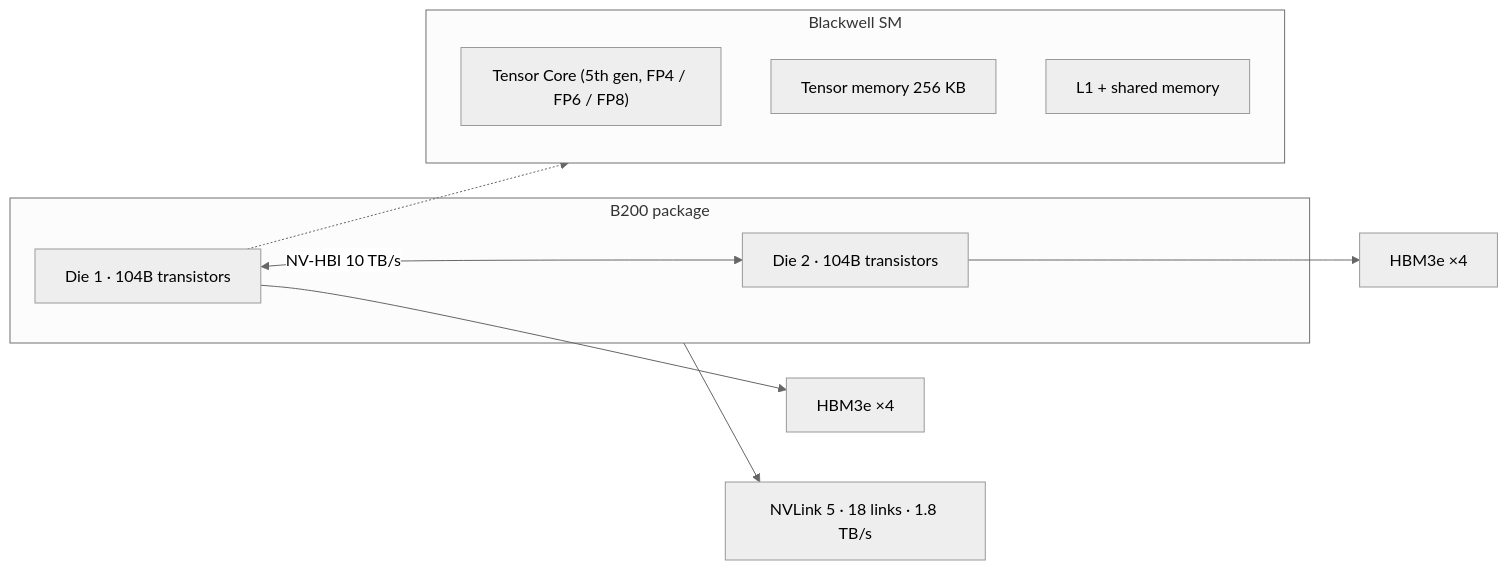
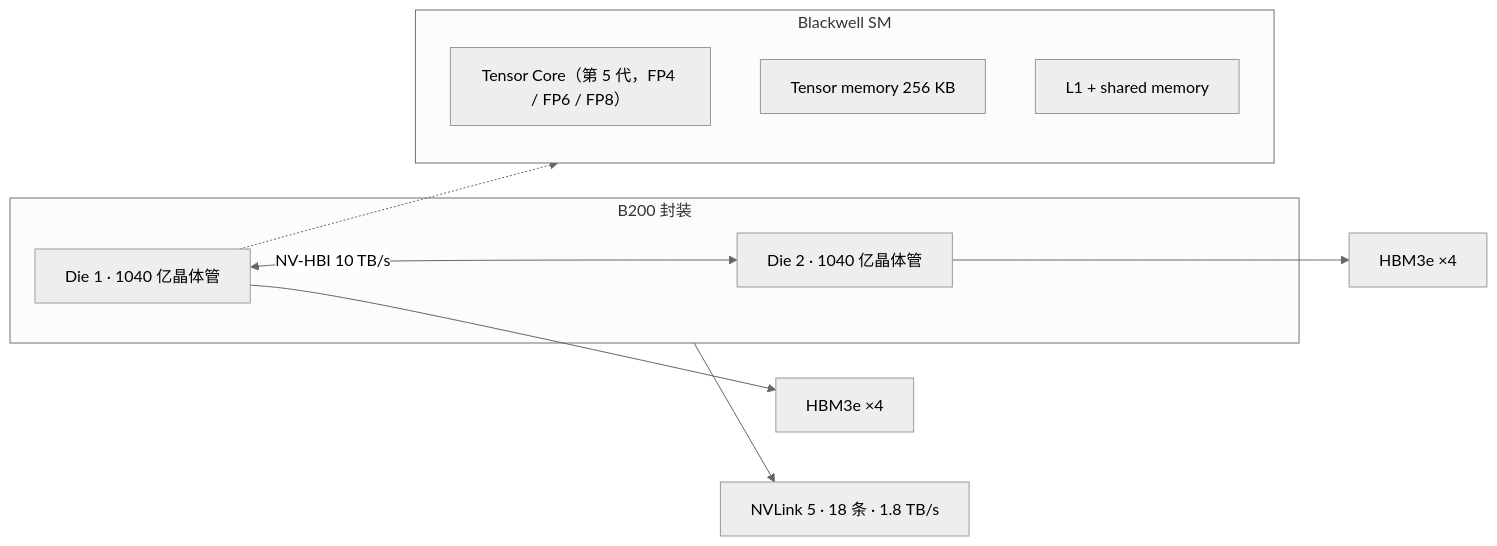
Before and after one commit to lxy-alexander/VoidIndex: diagram 13 of 13 in src/content/posts/nvidia-gpu-architectures.md, drawn with Mermaid (neutral theme). The commit also changed other lines of this file and 4 other files, not shown here.

````diff
--- a/src/content/posts/nvidia-gpu-architectures.md
+++ b/src/content/posts/nvidia-gpu-architectures.md
@@ -265,16 +265,16 @@
 ```mermaid
 flowchart LR
-  subgraph PKG["B200 package"]
-    D1["Die 1 · 104B transistors"] <-- "NV-HBI 10 TB/s" --> D2["Die 2 · 104B transistors"]
+  subgraph PKG["B200 封装"]
+    D1["Die 1 · 1040 亿晶体管"] <-- "NV-HBI 10 TB/s" --> D2["Die 2 · 1040 亿晶体管"]
   end
   D1 --> M1["HBM3e ×4"]
   D2 --> M2["HBM3e ×4"]
-  PKG --> NV["NVLink 5 · 18 links · 1.8 TB/s"]
+  PKG --> NV["NVLink 5 · 18 条 · 1.8 TB/s"]
   subgraph SM["Blackwell SM"]
     direction TB
-    T["Tensor Core (5th gen, FP4 / FP6 / FP8)"]
+    T["Tensor Core（第 5 代，FP4 / FP6 / FP8）"]
     TM["Tensor memory 256 KB"]
     L1["L1 + shared memory"]
   end
   D1 -.-> SM
 ```
````
